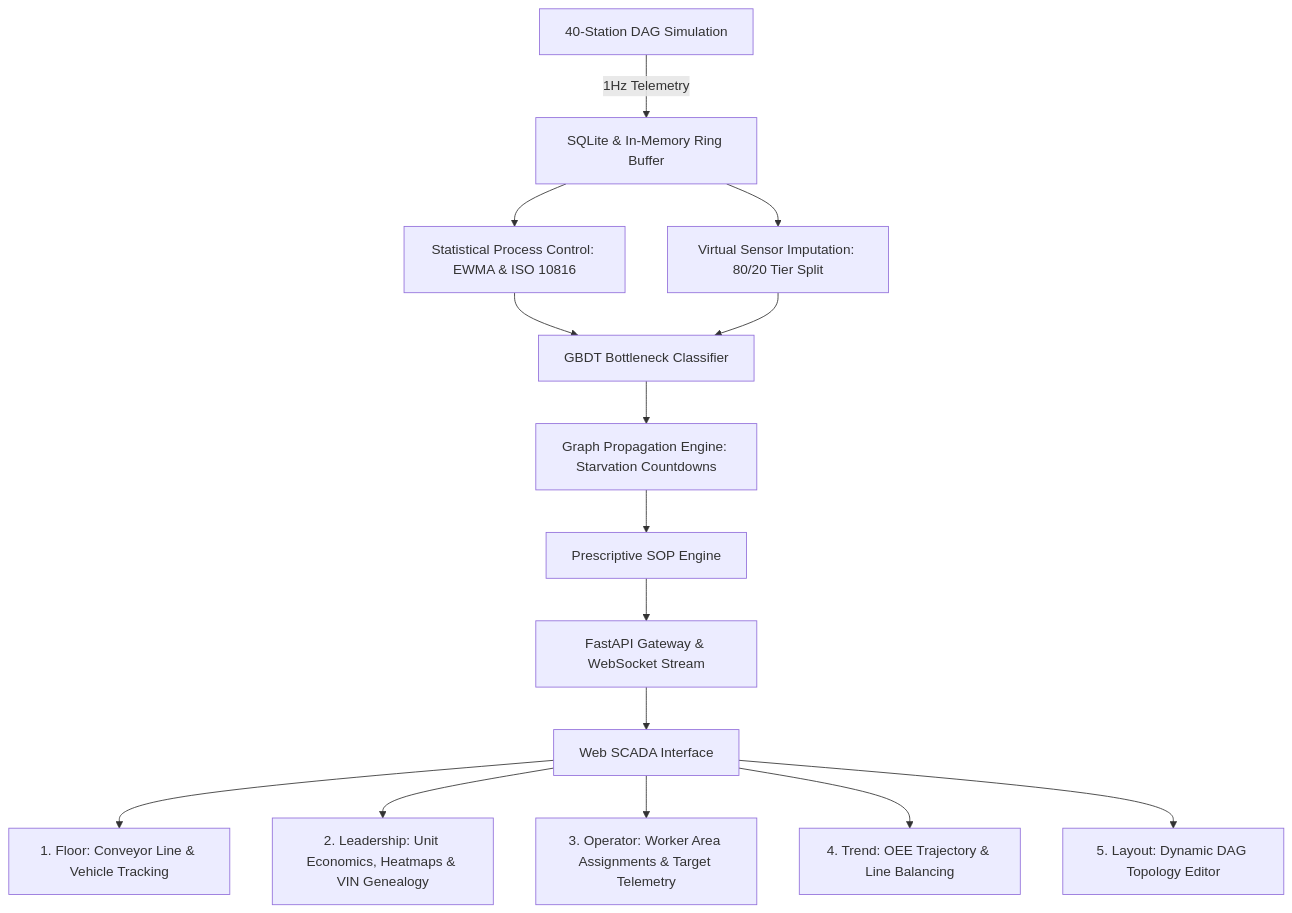
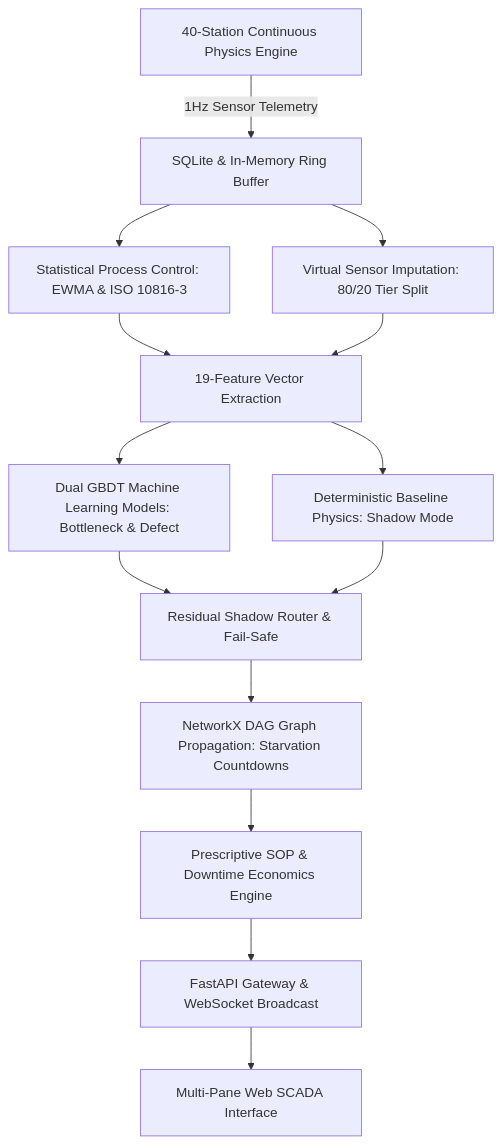
The diagram in README.md (adity213/Accenture_digital_twin), drawn with Mermaid before and after one commit. The commit also changed other lines of this file and 19 other files, not shown here.

Commit message:
Fix Phase 21 control group contamination, retrain GBDT with pinned scikit-learn, remove validation scripts, and publish comprehensive physics and computation guides

````diff
--- a/README.md
+++ b/README.md
@@ -5,17 +7,16 @@
 ```mermaid
 graph TD
-    A[40-Station DAG Simulation] -->|1Hz Telemetry| B[SQLite & In-Memory Ring Buffer]
-    B --> C[Statistical Process Control: EWMA & ISO 10816]
+    A[40-Station Continuous Physics Engine] -->|1Hz Sensor Telemetry| B[SQLite & In-Memory Ring Buffer]
+    B --> C[Statistical Process Control: EWMA & ISO 10816-3]
     B --> D[Virtual Sensor Imputation: 80/20 Tier Split]
-    C --> E[GBDT Bottleneck Classifier]
+    C --> E[19-Feature Vector Extraction]
     D --> E
-    E --> F[Graph Propagation Engine: Starvation Countdowns]
-    F --> G[Prescriptive SOP Engine]
-    G --> H[FastAPI Gateway & WebSocket Stream]
-    H --> I[Web SCADA Interface]
-    I --> I1[1. Floor: Conveyor Line & Vehicle Tracking]
-    I --> I2[2. Leadership: Unit Economics, Heatmaps & VIN Genealogy]
-    I --> I3[3. Operator: Worker Area Assignments & Target Telemetry]
-    I --> I4[4. Trend: OEE Trajectory & Line Balancing]
-    I --> I5[5. Layout: Dynamic DAG Topology Editor]
+    E --> F[Dual GBDT Machine Learning Models: Bottleneck & Defect]
+    E --> G[Deterministic Baseline Physics: Shadow Mode]
+    F --> H[Residual Shadow Router & Fail-Safe]
+    G --> H
+    H --> I[NetworkX DAG Graph Propagation: Starvation Countdowns]
+    I --> J[Prescriptive SOP & Downtime Economics Engine]
+    J --> K[FastAPI Gateway & WebSocket Broadcast]
+    K --> L[Multi-Pane Web SCADA Interface]
 ```
````
